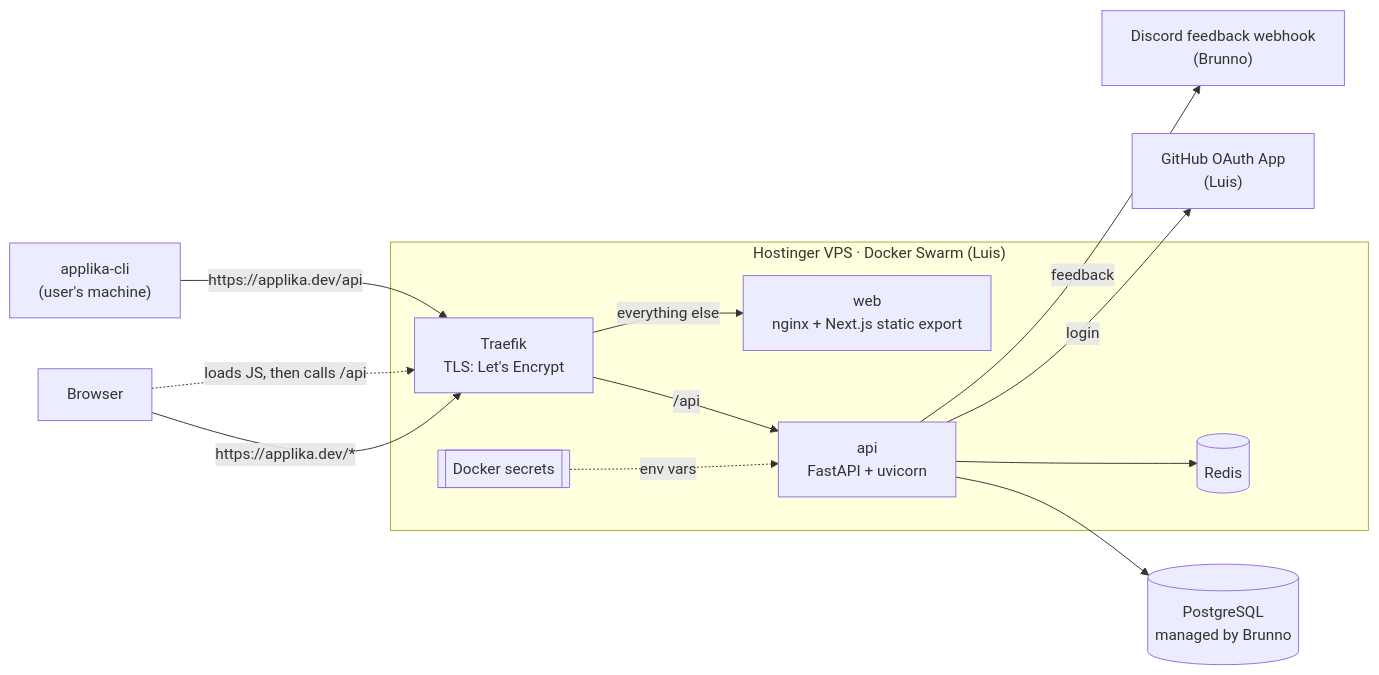
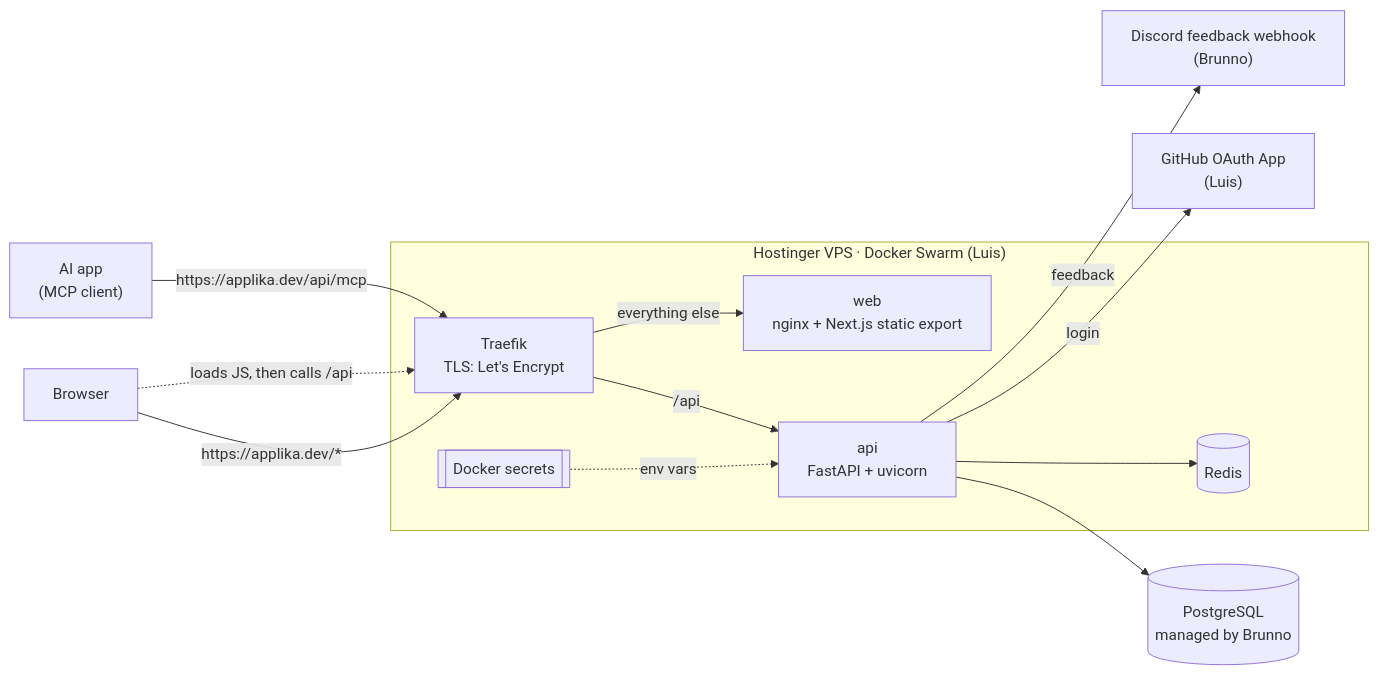
The first of 12 diagrams in docs/infrastructure.md (BorderlessCodingHub/applika), drawn with Mermaid before and after one commit. The commit also changed other lines of this file and 73 other files, not shown here.

First line of the commit message:
chore(cli): remove applika-cli from the repository

````diff
--- a/docs/infrastructure.md
+++ b/docs/infrastructure.md
@@ -25,28 +25,28 @@
 ```mermaid
 flowchart LR
     browser["Browser"]
-    cli["applika-cli<br/>(user's machine)"]
+    mcp["AI app<br/>(MCP client)"]
 
     subgraph vps["Hostinger VPS · Docker Swarm (Luis)"]
         traefik["Traefik<br/>TLS: Let's Encrypt"]
         web["web<br/>nginx + Next.js static export"]
         api["api<br/>FastAPI + uvicorn"]
         redis[("Redis")]
         secrets[["Docker secrets"]]
     end
 
     pg[("PostgreSQL<br/>managed by Brunno")]
     github["GitHub OAuth App<br/>(Luis)"]
     discord["Discord feedback webhook<br/>(Brunno)"]
 
     browser -- "https://applika.dev/*" --> traefik
-    cli -- "https://applika.dev/api" --> traefik
+    mcp -- "https://applika.dev/api/mcp" --> traefik
     traefik -- "/api" --> api
     traefik -- "everything else" --> web
     browser -. "loads JS, then calls /api" .-> traefik
     api --> pg
     api --> redis
     api -- "login" --> github
     api -- "feedback" --> discord
     secrets -. "env vars" .-> api
 ```
````
